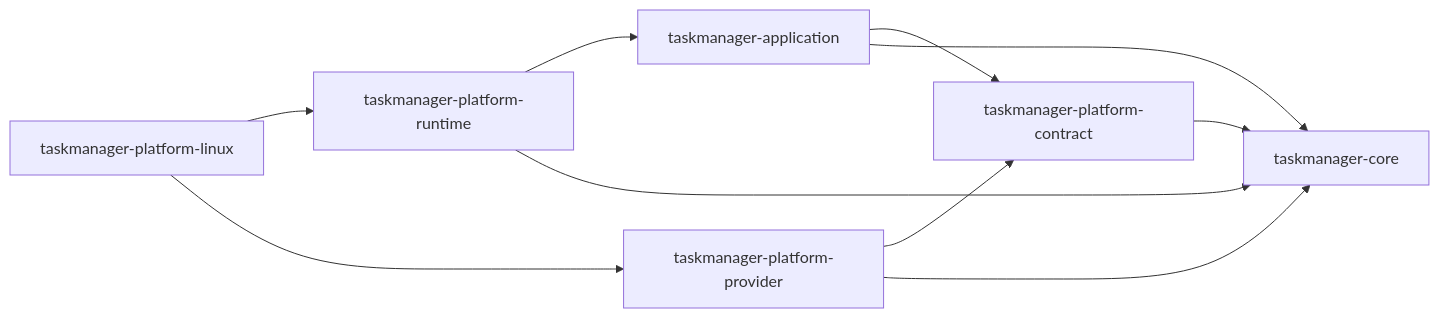
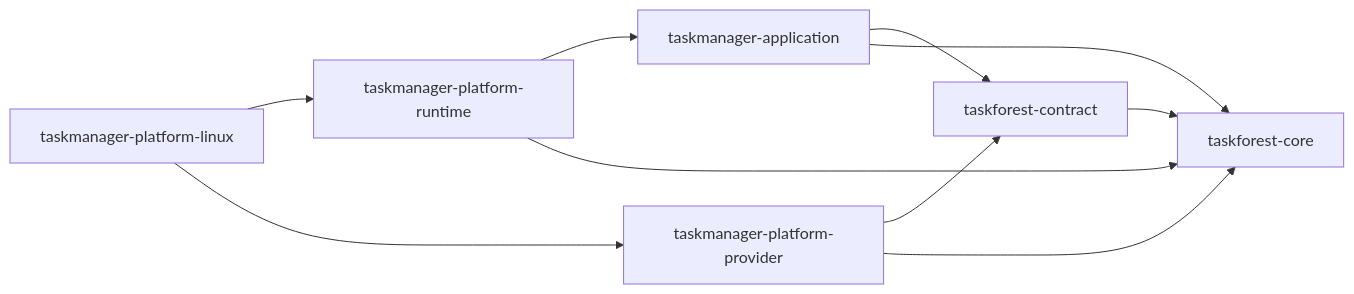
Before and after one commit to YellowWhiteBlackCat/TaskForest: the diagram in adr/008-platform-runtime-execution-mechanics.md, drawn with Mermaid. The commit also changed other lines of this file and 1904 other files, not shown here.

````diff
--- a/adr/008-platform-runtime-execution-mechanics.md
+++ b/adr/008-platform-runtime-execution-mechanics.md
@@ -142,13 +142,13 @@
 ```mermaid
 graph LR
-    CORE[taskmanager-core]
-    CONTRACT[taskmanager-platform-contract] --> CORE
+    CORE[taskforest-core]
+    CONTRACT[taskforest-contract] --> CORE
     APP[taskmanager-application] --> CONTRACT
     APP --> CORE
     RUNTIME[taskmanager-platform-runtime] --> APP
     RUNTIME --> CORE
     PROVIDER[taskmanager-platform-provider] --> CONTRACT
     PROVIDER --> CORE
     LINUX[taskmanager-platform-linux] --> RUNTIME
     LINUX --> PROVIDER
 ```
````
